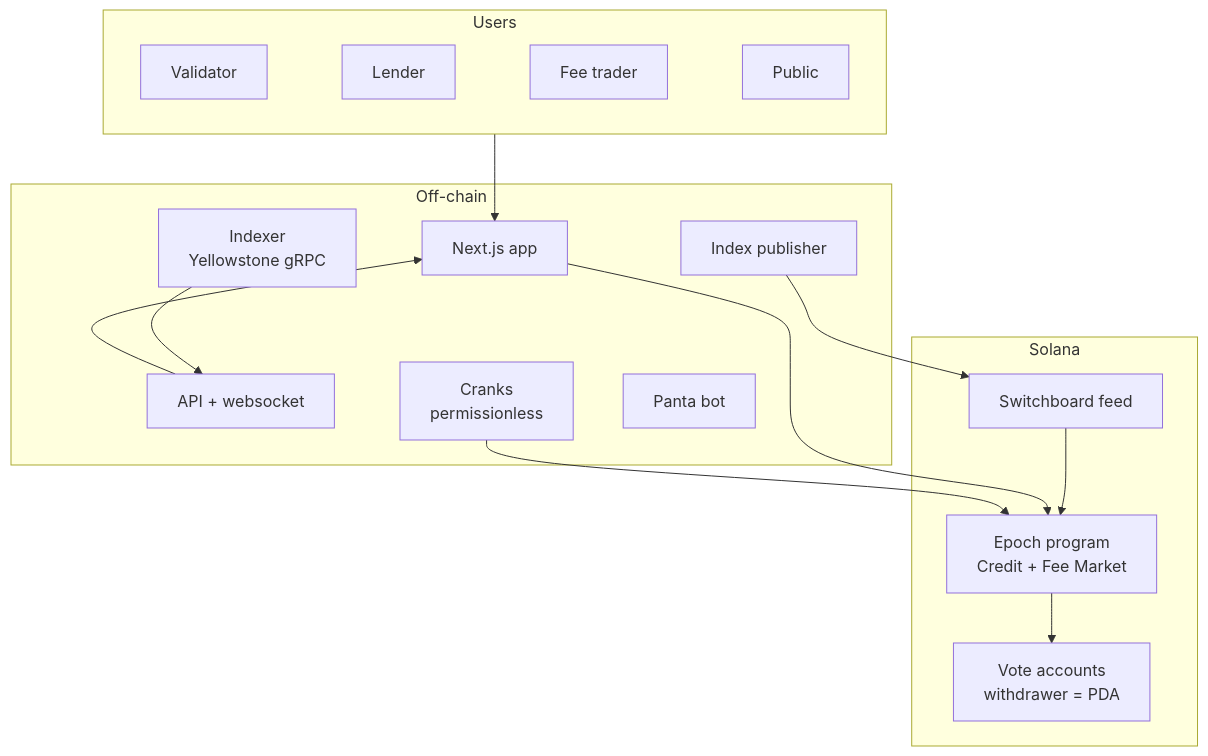
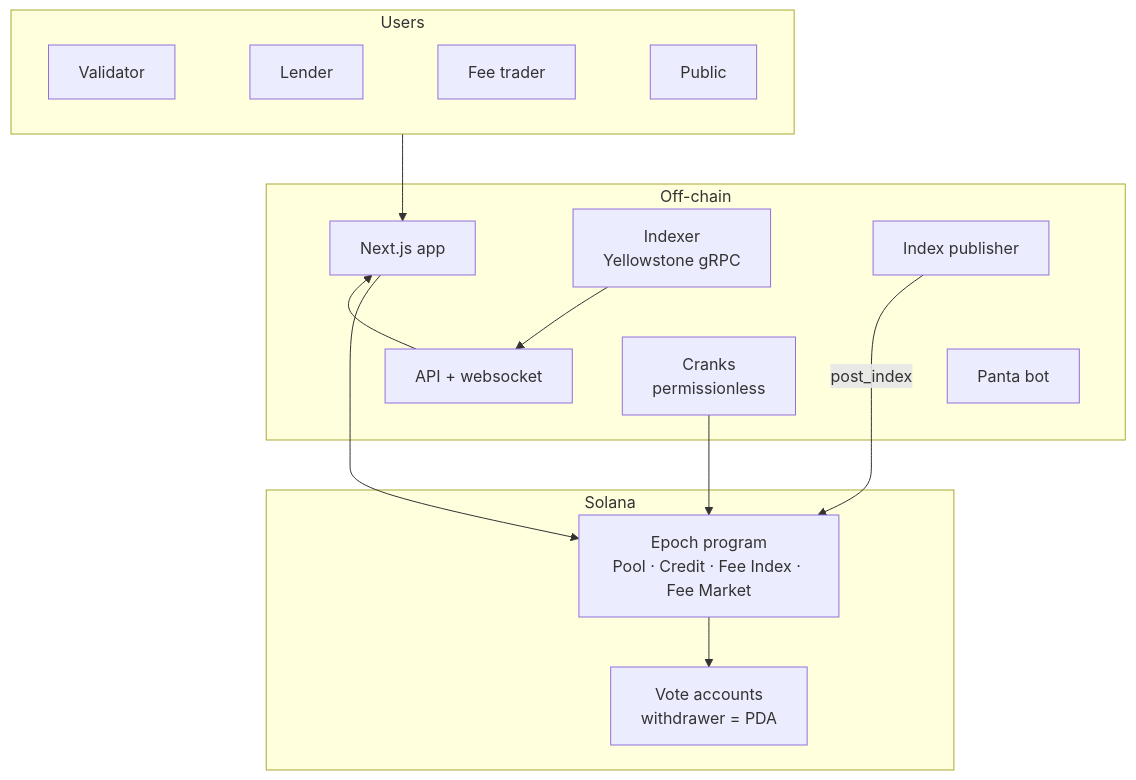
One commit to Sushant6095/epoch-protocol changed the second of 2 diagrams in README.md. Above: the diagram before and after it, drawn with Mermaid. The commit also changed other lines of this file and 16 other files, not shown here.

First line of the commit message:
docs: system-design diagrams and a refreshed architecture doc

````diff
--- a/README.md
+++ b/README.md
@@ -66,19 +66,18 @@
 ```mermaid
 flowchart TB
     subgraph Users
       U1[Validator] ~~~ U2[Lender] ~~~ U3[Fee trader] ~~~ U4[Public]
     end
     subgraph Off-chain
       APP[Next.js app] ~~~ API[API + websocket]
       IDX[Indexer<br/>Yellowstone gRPC] ~~~ CR[Cranks<br/>permissionless]
       PUB[Index publisher] ~~~ PB[Panta bot]
     end
     subgraph Solana
-      PRG[Epoch program<br/>Credit + Fee Market] --> VOTE[Vote accounts<br/>withdrawer = PDA]
-      SB[Switchboard feed] --> PRG
+      PRG[Epoch program<br/>Pool · Credit · Fee Index · Fee Market] --> VOTE[Vote accounts<br/>withdrawer = PDA]
     end
     Users --> APP --> PRG
     IDX --> API --> APP
     CR --> PRG
-    PUB --> SB
+    PUB -->|post_index| PRG
 ```
````
